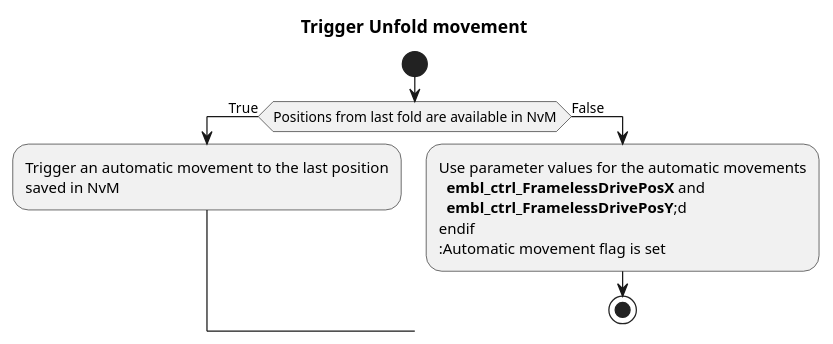
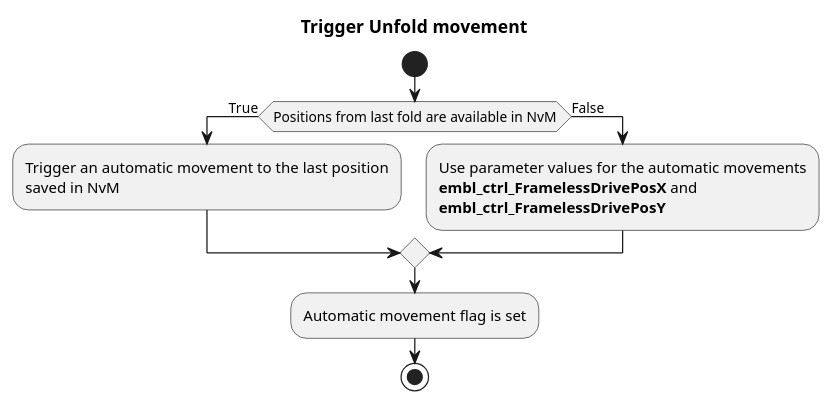
The sixth of 10 diagrams in package/ExteriorMirrorLibrary/docs/SoftwareDetailDesign/mirrorFrameless_sdd.rst (GalbinitaSebastian97/PersonalDevelopment), drawn with PlantUML before and after one commit. The commit also changed 28 other files, not shown here.

```diff
--- a/package/ExteriorMirrorLibrary/docs/SoftwareDetailDesign/mirrorFrameless_sdd.rst
+++ b/package/ExteriorMirrorLibrary/docs/SoftwareDetailDesign/mirrorFrameless_sdd.rst
@@ -350,15 +350,15 @@
    .. uml::
       @startuml
       title "Trigger Unfold movement"
       start
       if(Positions from last fold are available in NvM) then(True)
         :Trigger an automatic movement to the last position
         saved in NvM;
       else(False)
         :Use parameter values for the automatic movements
         **embl_ctrl_FramelessDrivePosX** and
-        **embl_ctrl_FramelessDrivePosY**;d
+        **embl_ctrl_FramelessDrivePosY**;
       endif
       :Automatic movement flag is set;
       stop
       @enduml
```
